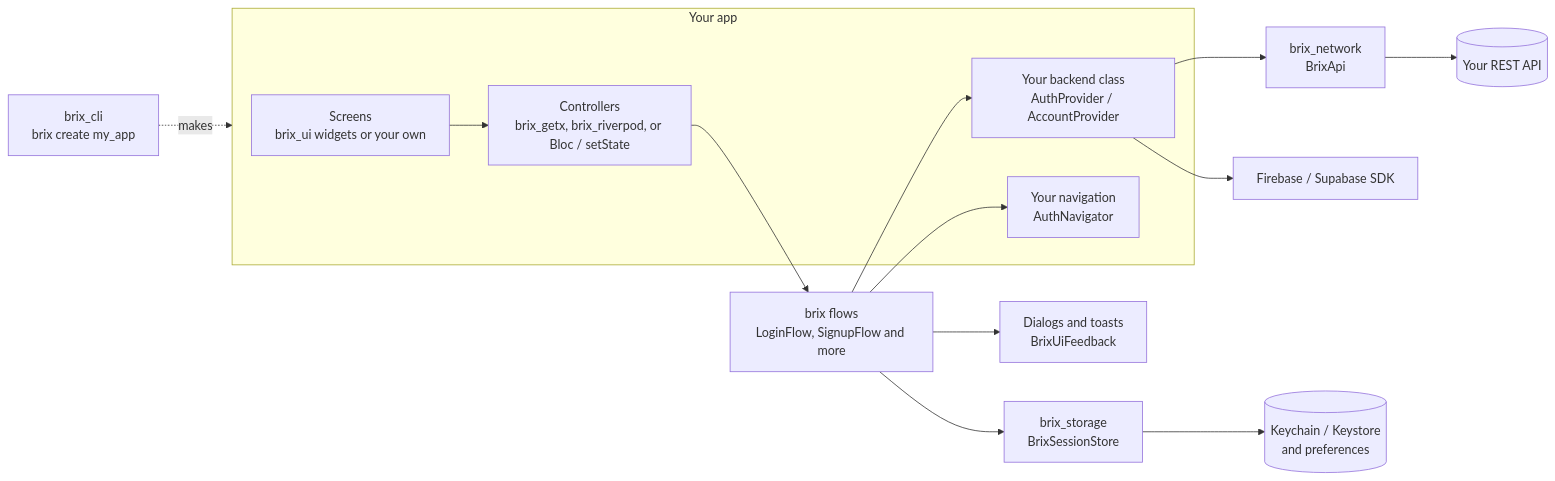
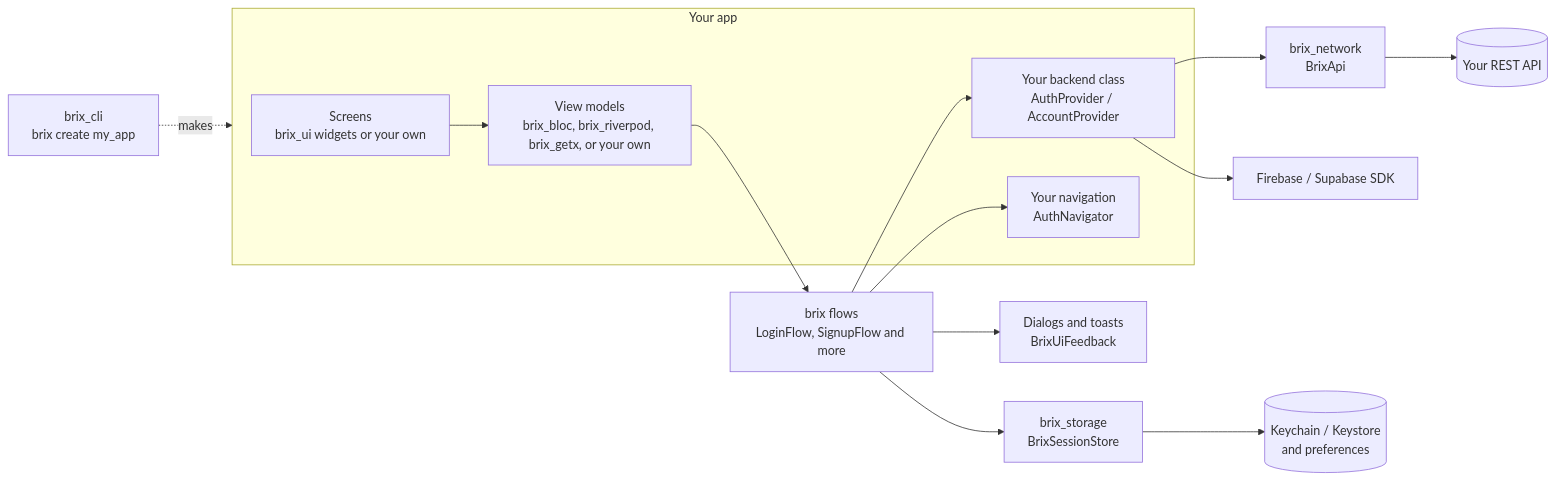
Before and after one commit to mrubaz/brix: the second of 2 diagrams in README.md, drawn with Mermaid. The commit also changed other lines of this file and 31 other files, not shown here.

````diff
--- a/README.md
+++ b/README.md
@@ -102,20 +118,20 @@
 ```mermaid
 flowchart LR
     CLI["brix_cli<br/>brix create my_app"] -. makes .-> APP
     subgraph APP["Your app"]
         UI["Screens<br/>brix_ui widgets or your own"]
-        C["Controllers<br/>brix_getx, brix_riverpod, or Bloc / setState"]
+        C["View models<br/>brix_bloc, brix_riverpod, brix_getx, or your own"]
         A["Your backend class<br/>AuthProvider / AccountProvider"]
         NAV["Your navigation<br/>AuthNavigator"]
     end
     UI --> C
     C --> F["brix flows<br/>LoginFlow, SignupFlow and more"]
     F --> A
     F --> NAV
     F --> FB["Dialogs and toasts<br/>BrixUiFeedback"]
     F --> ST["brix_storage<br/>BrixSessionStore"]
     A --> N["brix_network<br/>BrixApi"]
     A --> S["Firebase / Supabase SDK"]
     N --> B[("Your REST API")]
     ST --> K[("Keychain / Keystore<br/>and preferences")]
 ```
````
